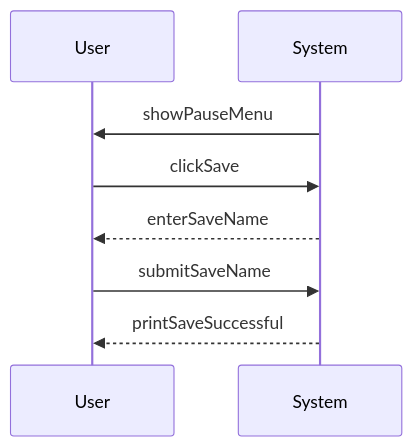
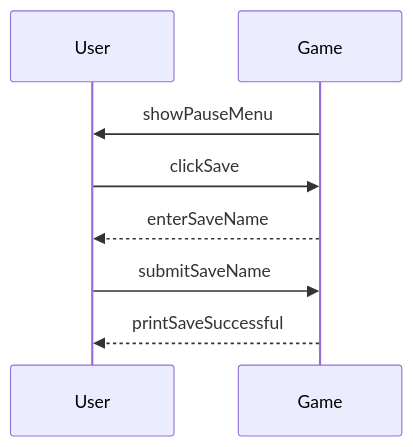
One commit to Shamdan17/Bricking_Bad changed the diagram in system-sequence-diagrams/save-the-game.md. Above: the diagram before and after it, drawn with Mermaid. The commit also changed other lines of this file and 14 other files, not shown here.

Commit message:
change all instances of system to game

````diff
--- a/system-sequence-diagrams/save-the-game.md
+++ b/system-sequence-diagrams/save-the-game.md
@@ -3,11 +3,11 @@
 ```mermaid
 sequenceDiagram
 participant User
-participant System
-System->> User: showPauseMenu
-User->> System: clickSave
-System-->>User: enterSaveName
-User->> System: submitSaveName
-System-->>User: printSaveSuccessful
+participant Game
+Game->> User: showPauseMenu
+User->> Game: clickSave
+Game-->>User: enterSaveName
+User->> Game: submitSaveName
+Game-->>User: printSaveSuccessful
 
 ```
````
